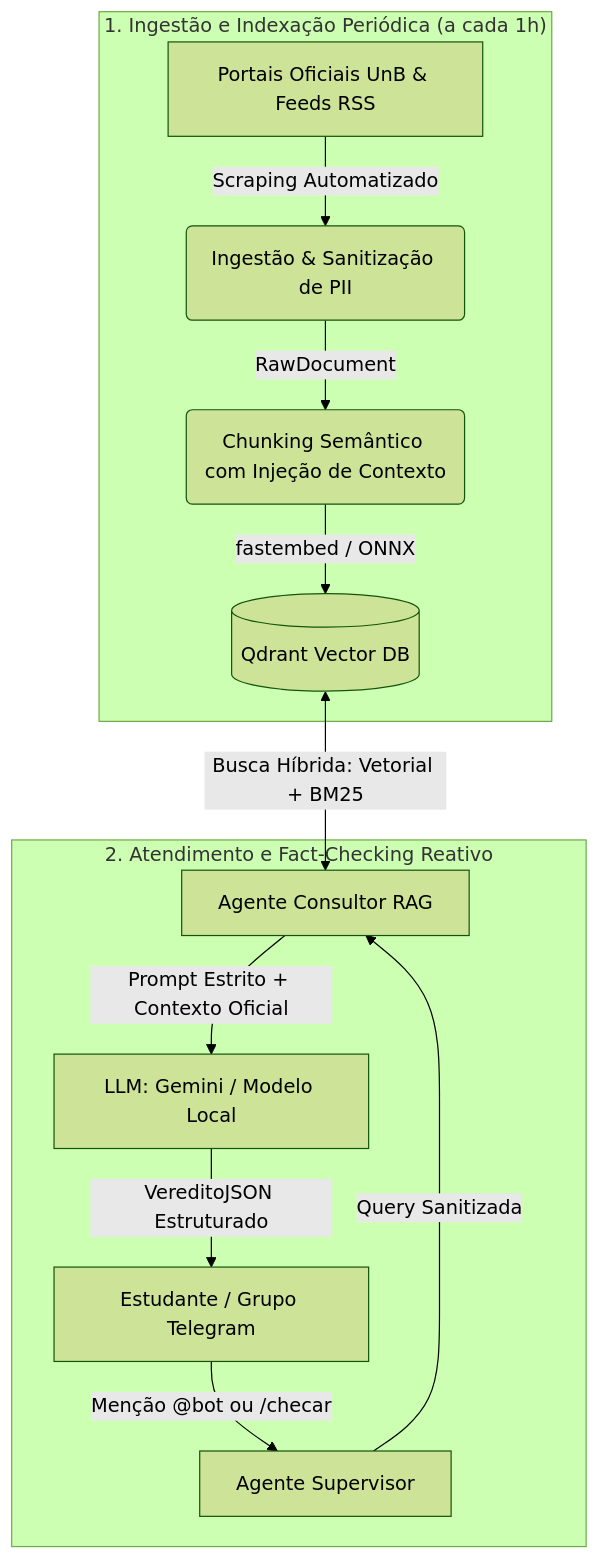
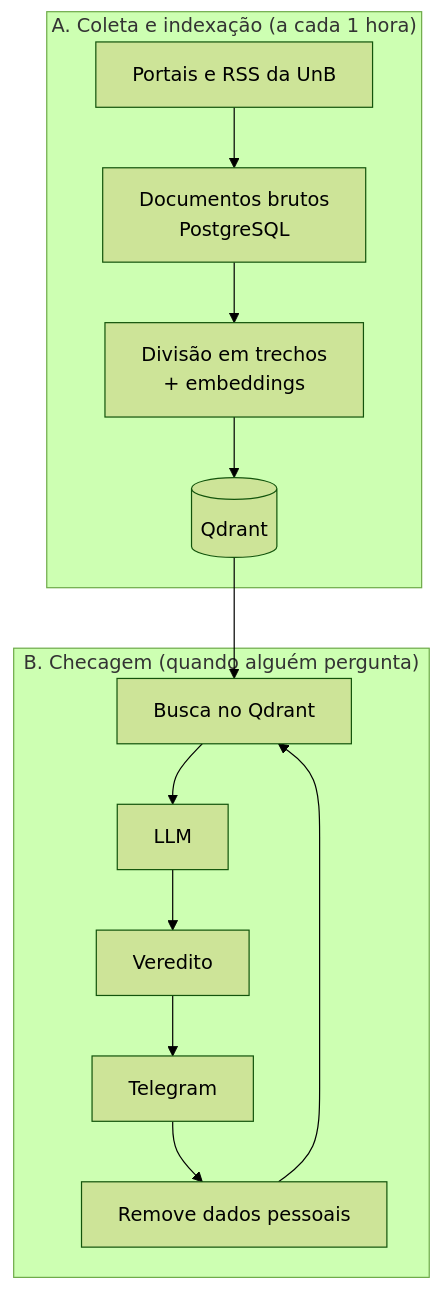
One commit to unb-Sistemas-de-Machine-learning/challenge_1_accio changed the diagram in docs/index.md. Above: the diagram before and after it, drawn with Mermaid (forest theme). The commit also changed other lines of this file and 23 other files, not shown here.

````diff
--- a/docs/index.md
+++ b/docs/index.md
@@ -42,16 +39,16 @@
 ```mermaid
 flowchart TD
-    subgraph Ingestao ["1. Ingestão e Indexação Periódica (a cada 1h)"]
-        A[Portais Oficiais UnB & Feeds RSS] -->|Scraping Automatizado| B(Ingestão & Sanitização de PII)
-        B -->|RawDocument| C(Chunking Semântico com Injeção de Contexto)
-        C -->|fastembed / ONNX| D[(Qdrant Vector DB)]
+    subgraph A ["A. Coleta e indexação (a cada 1 hora)"]
+        A1[Portais e RSS da UnB] --> A2[Documentos brutos<br/>PostgreSQL]
+        A2 --> A3[Divisão em trechos<br/>+ embeddings]
+        A3 --> A4[(Qdrant)]
     end
-
-    subgraph Consulta ["2. Atendimento e Fact-Checking Reativo"]
-        E[Estudante / Grupo Telegram] -->|Menção @bot ou /checar| F[Agente Supervisor]
-        F -->|Query Sanitizada| G[Agente Consultor RAG]
-        D <-->|Busca Híbrida: Vetorial + BM25| G
-        G -->|Prompt Estrito + Contexto Oficial| H[LLM: Gemini / Modelo Local]
-        H -->|VereditoJSON Estruturado| E
+    subgraph B ["B. Checagem (quando alguém pergunta)"]
+        B1[Telegram] --> B2[Remove dados pessoais]
+        B2 --> B3[Busca no Qdrant]
+        A4 --> B3
+        B3 --> B4[LLM]
+        B4 --> B5[Veredito]
+        B5 --> B1
     end
 ```
````
